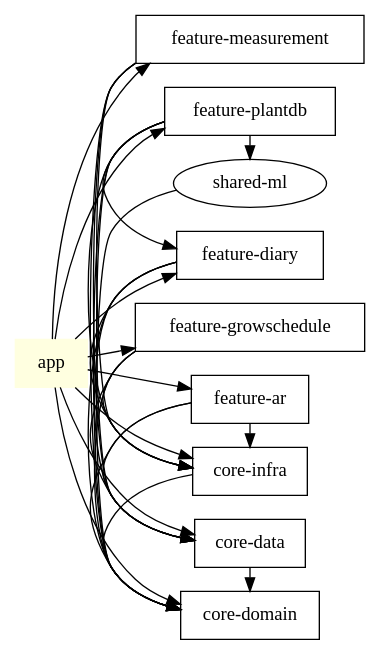
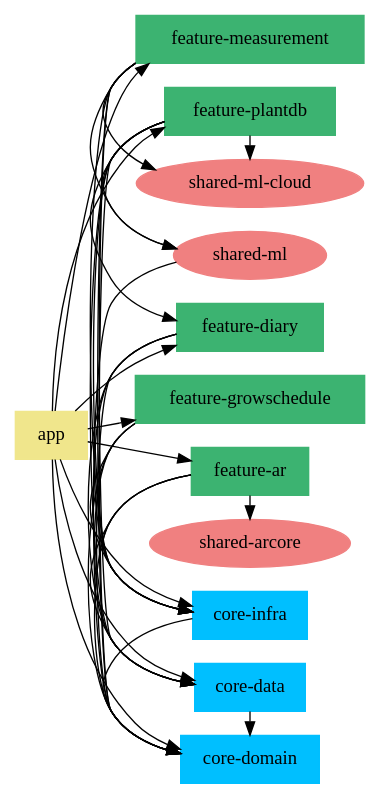
The diagram in docs/diagrams/module_map.dot (hiimOmagh/LumiBuddy), drawn with Graphviz before and after one commit. The commit also changed 1 other file, not shown here.

First paragraph of the commit message:
Update module map diagram and documentation
This commit updates the `module_map.dot` file to enhance the visual representation of module dependencies and adds new shared modules. It also updates the accompanying `module_map.md` documentation.

```diff
--- a/docs/diagrams/module_map.dot
+++ b/docs/diagrams/module_map.dot
@@ -1,44 +1,65 @@
 digraph ModuleMap {
+    // Set the direction of the graph to left-to-right
     rankdir = LR;
+    // Set the default shape of the nodes to box
     node [shape = box];
 
+    // Define a subgraph for core components, visually grouped together
     subgraph cluster_core {
-    label = "Core";
-    color = lightblue;
-    "core-domain";
-    "core-data";
-    "core-infra";
+        label = "Core"; // Label for the core cluster
+        color = lightblue; // Color of the cluster
+        style=filled;
+        node [style=filled, color=deepskyblue];
+        "core-domain";
+        "core-data";
+        "core-infra";
     }
 
+    // Define a subgraph for feature components, visually grouped together
     subgraph cluster_features {
-    label = "Features";
-    color = lightgreen;
-    "feature-measurement";
-    "feature-plantdb";
-    "feature-diary";
-    "feature-growschedule";
-    "feature-ar";
+        label = "Features"; // Label for the features cluster
+        color = lightgreen; // Color of the cluster
+        style=filled;
+        node [style=filled, color=mediumseagreen];
+        "feature-measurement";
+        "feature-plantdb";
+        "feature-diary";
+        "feature-growschedule";
+        "feature-ar";
     }
 
-    "shared-ml" [shape = ellipse];
-    "app" [shape = box, style = filled, color = lightyellow];
+    // Define shared resources with elliptical shapes
+    "shared-ml" [shape = ellipse, color=lightcoral, style=filled];
+    "shared-ml-cloud" [shape = ellipse, color=lightcoral, style=filled];
+    "shared-arcore" [shape = ellipse, color=lightcoral, style=filled];
+    // Define the application node with a different style and color
+    "app" [shape = box, style = filled, color = khaki];
 
+    // Define relationships between core components
     "core-data" -> "core-domain";
     "core-infra" -> "core-domain";
+    // Define relationships between the app and core components
     "app" -> "core-infra";
     "app" -> "core-data";
     "app" -> "core-domain";
 
-    {rank = same; "feature-measurement" -> "core-infra"; "feature-measurement" -> "core-data"; "feature-measurement" -> "core-domain";}
-    {rank = same; "feature-plantdb" -> "core-infra"; "feature-plantdb" -> "core-data"; "feature-plantdb" -> "core-domain"; "feature-plantdb" -> "feature-diary"; "feature-plantdb" -> "shared-ml";}
+    // Define relationships for feature-measurement with core and shared resources
+    {rank = same; "feature-measurement" -> "core-infra"; "feature-measurement" -> "core-data"; "feature-measurement" -> "core-domain"; "feature-measurement" -> "shared-ml"; "feature-measurement" -> "shared-ml-cloud";}
+    // Define relationships for feature-plantdb with core and other features
+    {rank = same; "feature-plantdb" -> "core-infra"; "feature-plantdb" -> "core-data"; "feature-plantdb" -> "core-domain"; "feature-plantdb" -> "feature-diary"; "feature-plantdb" -> "shared-ml"; "feature-plantdb" -> "shared-ml-cloud";}
+    // Define relationships for feature-diary with core components
     {rank = same; "feature-diary" -> "core-infra"; "feature-diary" -> "core-data"; "feature-diary" -> "core-domain";}
+    // Define relationships for feature-growschedule with core components
     {rank = same; "feature-growschedule" -> "core-infra"; "feature-growschedule" -> "core-data"; "feature-growschedule" -> "core-domain";}
-    {rank = same; "feature-ar" -> "core-infra"; "feature-ar" -> "core-data"; "feature-ar" -> "core-domain";}
+    // Define relationships for feature-ar with core components and shared resource
+    {rank = same; "feature-ar" -> "core-infra"; "feature-ar" -> "core-data"; "feature-ar" -> "core-domain"; "feature-ar" -> "shared-arcore";}
 
+    // Define relationships between shared ml and core-domain
     "shared-ml" -> "core-domain";
+    // Define relationships between app and all features
     "app" -> "feature-measurement";
     "app" -> "feature-plantdb";
     "app" -> "feature-diary";
     "app" -> "feature-growschedule";
     "app" -> "feature-ar";
 }
```
